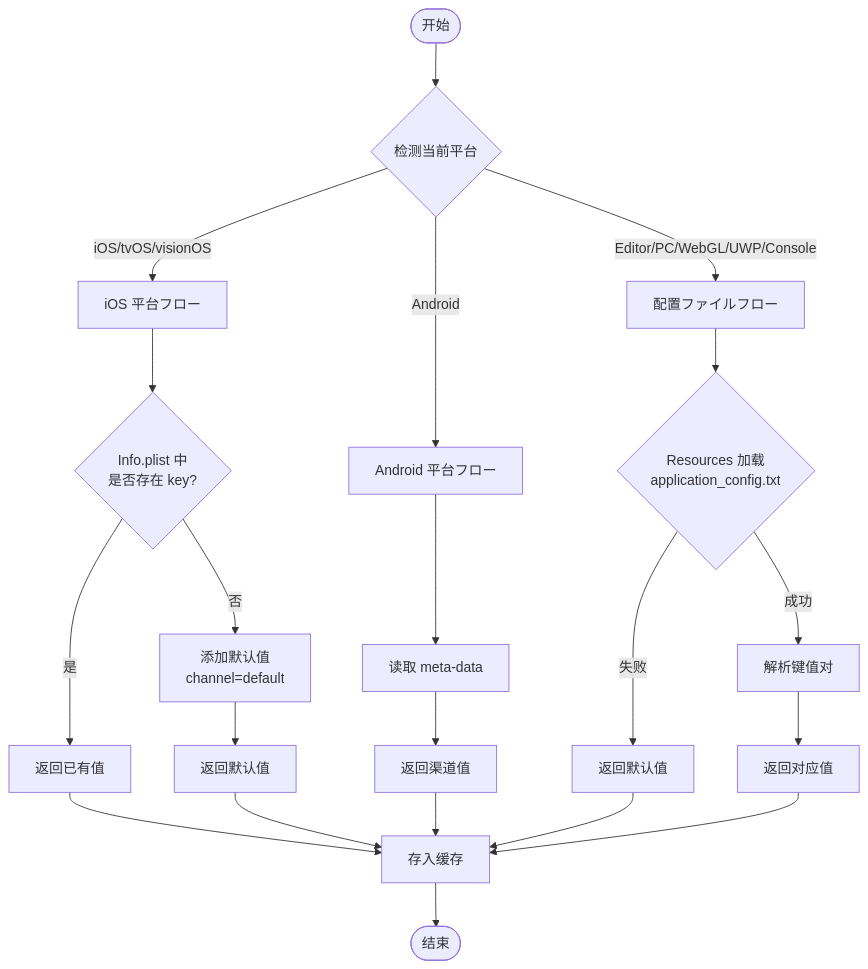
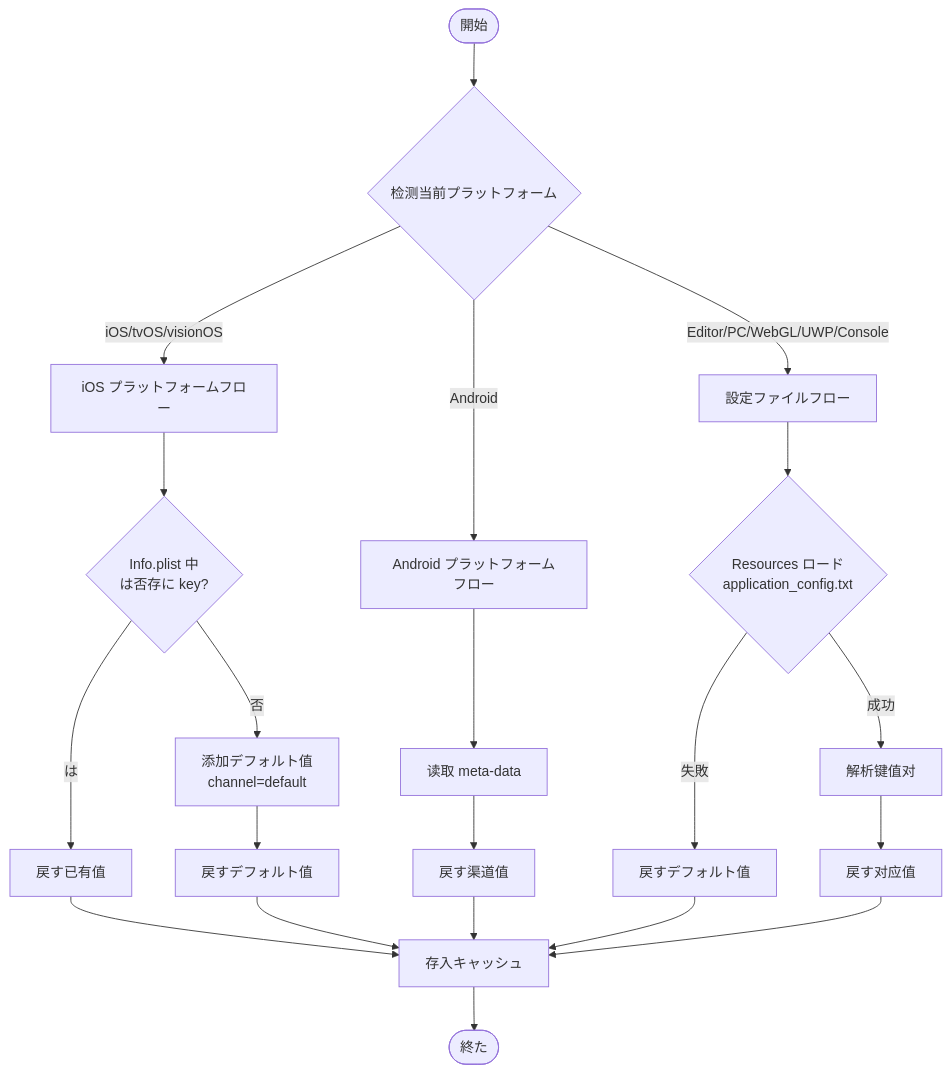
One commit to AlianBlank/GameFrameX.Docs changed the second of 3 diagrams in docs/ja/client/unity/component/getchannel/04.platform-configuration.md. Above: the diagram before and after it, drawn with Mermaid. The commit also changed other lines of this file and 320 other files, not shown here.

````diff
--- a/docs/ja/client/unity/component/getchannel/04.platform-configuration.md
+++ b/docs/ja/client/unity/component/getchannel/04.platform-configuration.md
@@ -237,29 +237,29 @@
 ```mermaid
 flowchart TD
-    Start([开始]) --> CheckPlatform{检测当前平台}
+    Start([開始]) --> CheckPlatform{检测当前プラットフォーム}
     
-    CheckPlatform -->|iOS/tvOS/visionOS| iOSFlow[iOS 平台フロー]
-    CheckPlatform -->|Android| AndroidFlow[Android 平台フロー]
-    CheckPlatform -->|Editor/PC/WebGL/UWP/Console| ConfigFlow[配置ファイルフロー]
+    CheckPlatform -->|iOS/tvOS/visionOS| iOSFlow[iOS プラットフォームフロー]
+    CheckPlatform -->|Android| AndroidFlow[Android プラットフォームフロー]
+    CheckPlatform -->|Editor/PC/WebGL/UWP/Console| ConfigFlow[設定ファイルフロー]
     
-    iOSFlow --> CheckPlist{Info.plist 中<br/>是否存在 key?}
-    CheckPlist -->|是| ReturnExist[返回已有值]
-    CheckPlist -->|否| AddDefault[添加默认值<br/>channel=default]
-    AddDefault --> ReturnDefault[返回默认值]
+    iOSFlow --> CheckPlist{Info.plist 中<br/>は否存に key?}
+    CheckPlist -->|は| ReturnExist[戻す已有值]
+    CheckPlist -->|否| AddDefault[添加デフォルト值<br/>channel=default]
+    AddDefault --> ReturnDefault[戻すデフォルト值]
     
     AndroidFlow --> ReadMeta[读取 meta-data]
-    ReadMeta --> ReturnMeta[返回渠道值]
+    ReadMeta --> ReturnMeta[戻す渠道值]
     
-    ConfigFlow --> LoadFile{Resources 加载<br/>application_config.txt}
+    ConfigFlow --> LoadFile{Resources ロード<br/>application_config.txt}
     LoadFile -->|成功| ParseFile[解析键值对]
-    LoadFile -->|失败| ReturnDefault2[返回默认值]
-    ParseFile --> ReturnParsed[返回对应值]
+    LoadFile -->|失敗| ReturnDefault2[戻すデフォルト值]
+    ParseFile --> ReturnParsed[戻す对应值]
     
-    ReturnExist --> Cache[存入缓存]
+    ReturnExist --> Cache[存入キャッシュ]
     ReturnDefault --> Cache
     ReturnMeta --> Cache
     ReturnDefault2 --> Cache
     ReturnParsed --> Cache
     
-    Cache --> End([结束])
+    Cache --> End([終た])
 ```
````
